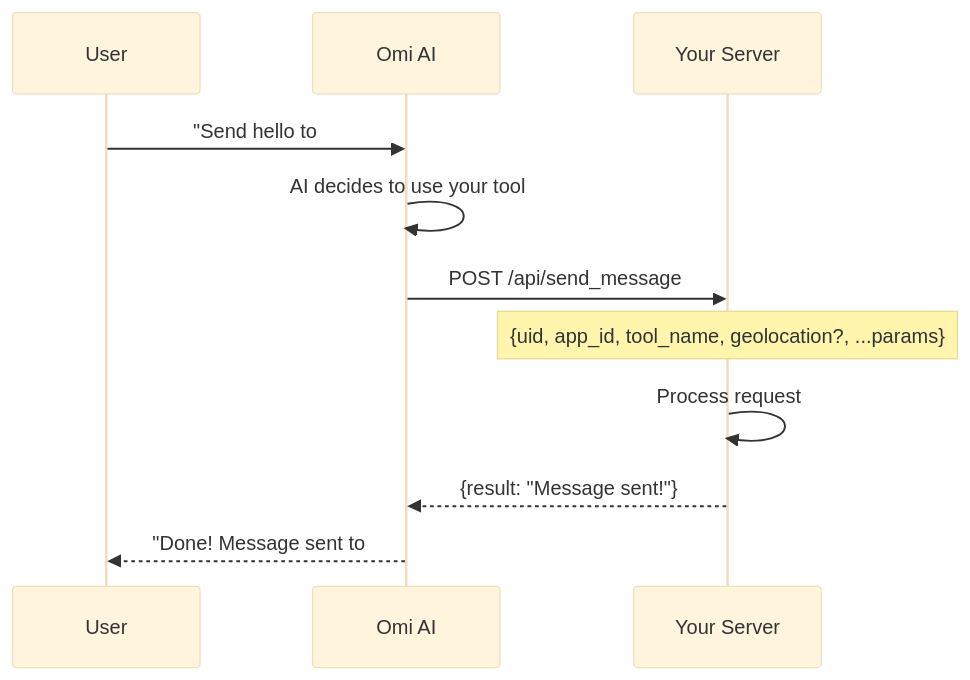
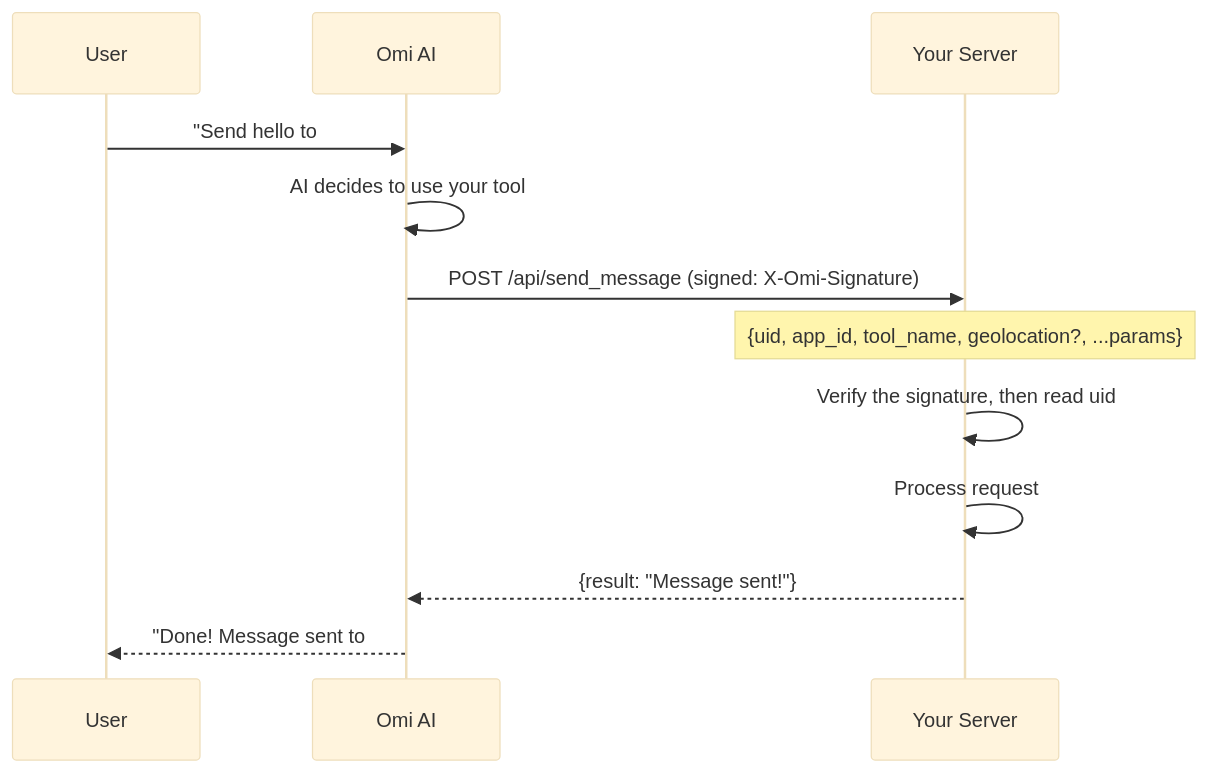
One commit to BasedHardware/omi changed the diagram in docs/doc/developer/apps/ChatTools.mdx. Above: the diagram before and after it, drawn with Mermaid (base theme). The commit also changed other lines of this file and 25 other files, not shown here.

````diff
--- a/docs/doc/developer/apps/ChatTools.mdx
+++ b/docs/doc/developer/apps/ChatTools.mdx
@@ -36,14 +36,15 @@
 ```mermaid
 sequenceDiagram
     participant U as User
     participant O as Omi AI
     participant Y as Your Server
 
     U->>O: "Send hello to #general"
     O->>O: AI decides to use your tool
-    O->>Y: POST /api/send_message
+    O->>Y: POST /api/send_message (signed: X-Omi-Signature)
     Note over Y: {uid, app_id, tool_name, geolocation?, ...params}
+    Y->>Y: Verify the signature, then read uid
     Y->>Y: Process request
     Y-->>O: {result: "Message sent!"}
     O-->>U: "Done! Message sent to #general"
 ```
````
